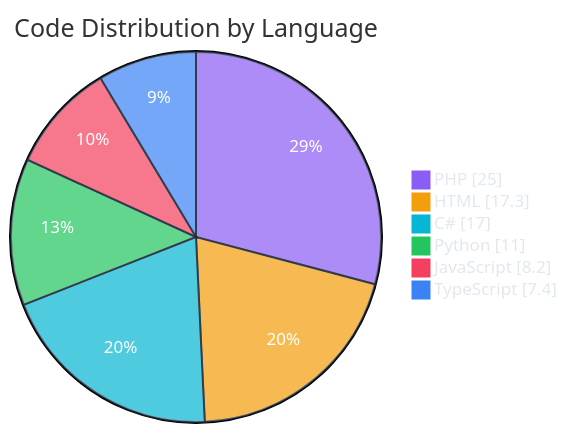
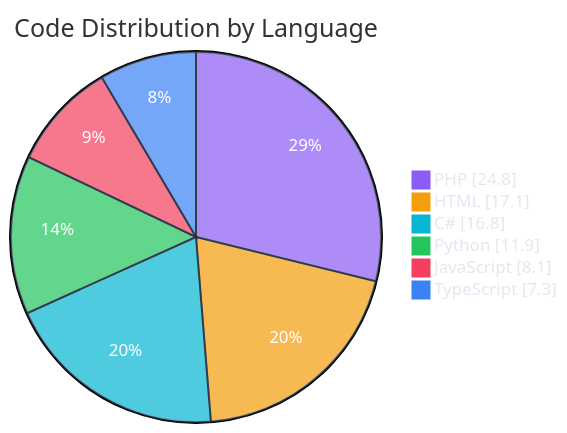
The second of 7 diagrams in README.md (polo-nyan/polo-nyan), drawn with Mermaid before and after one commit. The commit also changed other lines of this file and 1 other file, not shown here.

````diff
--- a/README.md
+++ b/README.md
@@ -229,11 +229,11 @@
 ```mermaid
 %%{init: {"theme": "base", "themeVariables": { "pie1": "#8b5cf6", "pie2": "#f59e0b", "pie3": "#06b6d4", "pie4": "#22c55e", "pie5": "#f43f5e", "pie6": "#3b82f6", "pie7": "#ec4899", "pieTextColor": "#ffffff", "pieLegendTextColor": "#e2e8f0", "pieSectionTextColor": "#ffffff", "pieStrokeColor": "#1e293b" }}}%%
 pie showData
     title Code Distribution by Language
-    "PHP" : 25.0
-    "HTML" : 17.3
-    "C#" : 17.0
-    "Python" : 11.0
-    "JavaScript" : 8.2
-    "TypeScript" : 7.4
+    "PHP" : 24.8
+    "HTML" : 17.1
+    "C#" : 16.8
+    "Python" : 11.9
+    "JavaScript" : 8.1
+    "TypeScript" : 7.3
 ```
````
